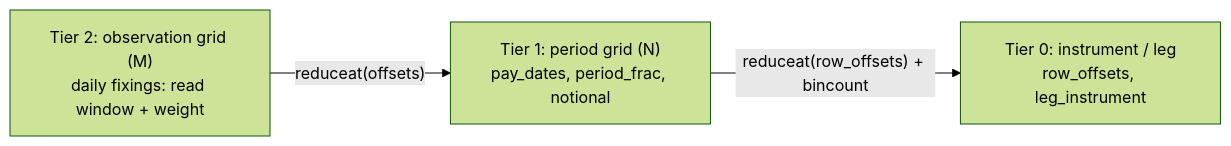
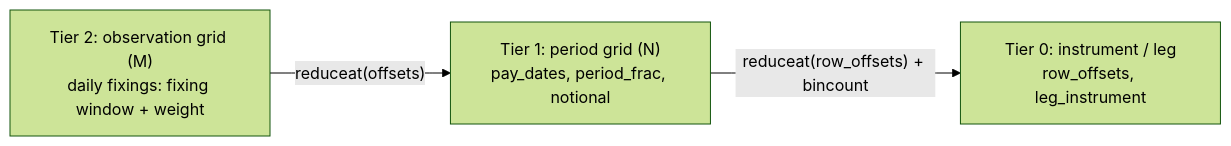
One commit to rudetastic13/quant-toolkit changed the fourth of 4 diagrams in docs/pricing_architecture.md. Above: the diagram before and after it, drawn with Mermaid (forest theme). The commit also changed 8 other files, not shown here.

````diff
--- a/docs/pricing_architecture.md
+++ b/docs/pricing_architecture.md
@@ -162,8 +162,8 @@
 ```mermaid
 flowchart LR
     T0["Tier 0: instrument / leg<br/>row_offsets, leg_instrument"]
     T1["Tier 1: period grid (N)<br/>pay_dates, period_frac, notional"]
-    T2["Tier 2: observation grid (M)<br/>daily fixings: read window + weight"]
+    T2["Tier 2: observation grid (M)<br/>daily fixings: fixing window + weight"]
     T2 -- "reduceat(offsets)" --> T1
     T1 -- "reduceat(row_offsets) + bincount" --> T0
 ```
````
